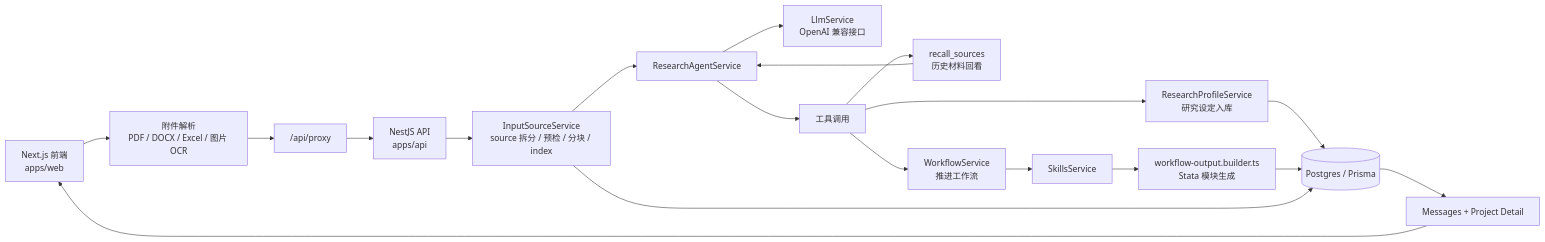
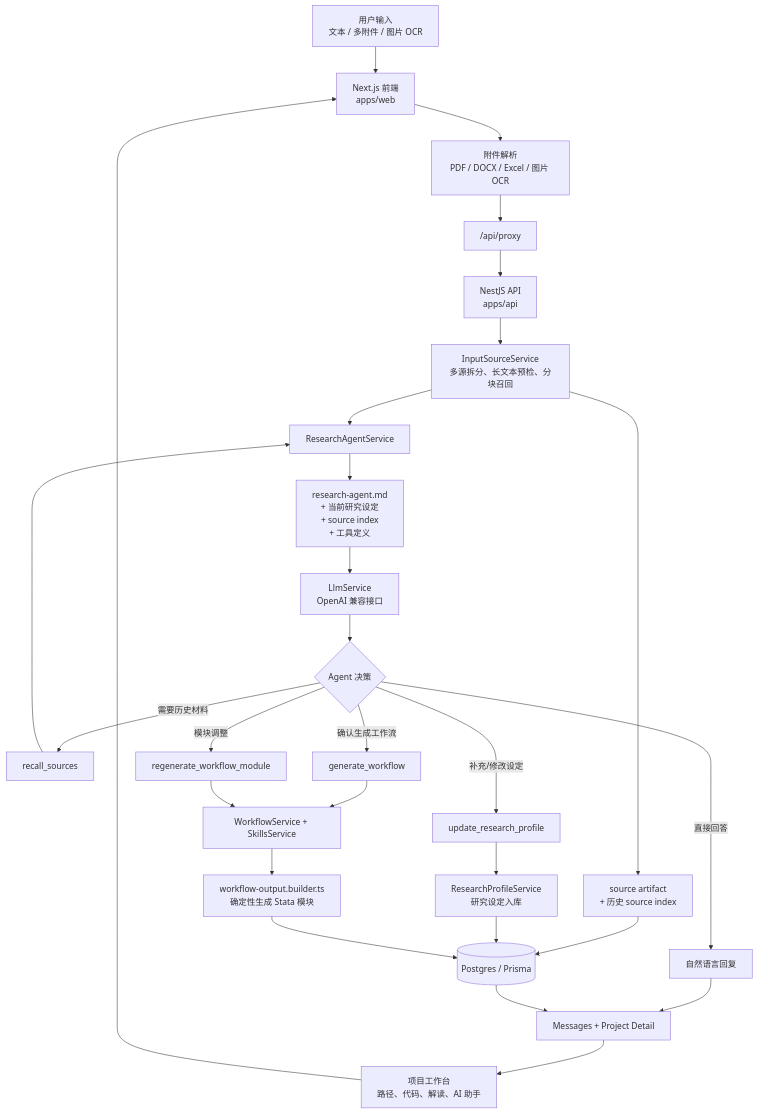
The second of 2 diagrams in README.md (tank798/empirical-paper-agent), drawn with Mermaid before and after one commit. The commit also changed other lines of this file, not shown here.

Commit message:
Reorganize README architecture diagrams

````diff
--- a/README.md
+++ b/README.md
@@ -57,21 +27,30 @@
 ```mermaid
-flowchart LR
-  A["Next.js 前端\napps/web"] --> B["附件解析\nPDF / DOCX / Excel / 图片 OCR"]
-  B --> C["/api/proxy"]
-  C --> D["NestJS API\napps/api"]
-  D --> E["InputSourceService\nsource 拆分 / 预检 / 分块 / index"]
-  E --> F["ResearchAgentService"]
-  F --> G["LlmService\nOpenAI 兼容接口"]
-  F --> H["工具调用"]
-  H --> I["recall_sources\n历史材料回看"]
-  H --> J["ResearchProfileService\n研究设定入库"]
-  H --> K["WorkflowService\n推进工作流"]
-  K --> L["SkillsService"]
-  L --> M["workflow-output.builder.ts\nStata 模块生成"]
-  I --> F
-  J --> N[("Postgres / Prisma")]
-  M --> N
-  E --> N
-  N --> O["Messages + Project Detail"]
-  O --> A
+flowchart TD
+  A["用户输入\n文本 / 多附件 / 图片 OCR"] --> B["Next.js 前端\napps/web"]
+  B --> C["附件解析\nPDF / DOCX / Excel / 图片 OCR"]
+  C --> D["/api/proxy"]
+  D --> E["NestJS API\napps/api"]
+  E --> F["InputSourceService\n多源拆分、长文本预检、分块召回"]
+  F --> G["source artifact\n+ 历史 source index"]
+  F --> H["ResearchAgentService"]
+  H --> I["research-agent.md\n+ 当前研究设定\n+ source index\n+ 工具定义"]
+  I --> J["LlmService\nOpenAI 兼容接口"]
+  J --> K{"Agent 决策"}
+  K -->|"直接回答"| L["自然语言回复"]
+  K -->|"需要历史材料"| M["recall_sources"]
+  K -->|"补充/修改设定"| N["update_research_profile"]
+  K -->|"确认生成工作流"| O["generate_workflow"]
+  K -->|"模块调整"| P["regenerate_workflow_module"]
+  M --> H
+  N --> Q["ResearchProfileService\n研究设定入库"]
+  O --> R["WorkflowService + SkillsService"]
+  P --> R
+  R --> S["workflow-output.builder.ts\n确定性生成 Stata 模块"]
+  G --> T[("Postgres / Prisma")]
+  Q --> T
+  S --> T
+  L --> U["Messages + Project Detail"]
+  T --> U
+  U --> V["项目工作台\n路径、代码、解读、AI 助手"]
+  V --> B
 ```
````
